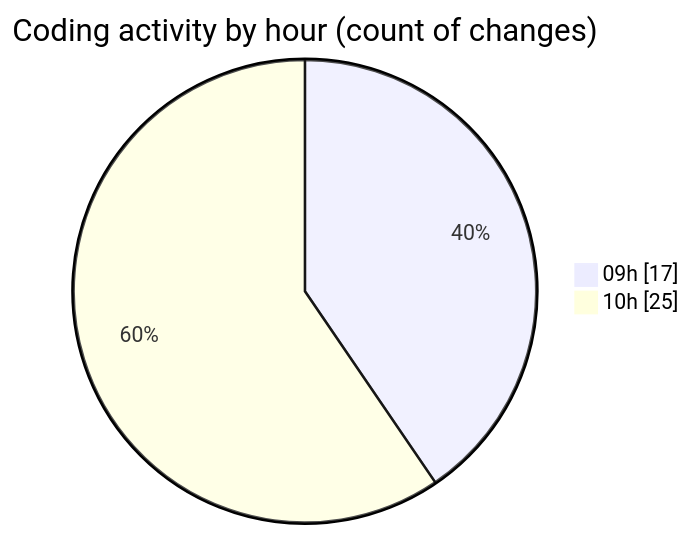
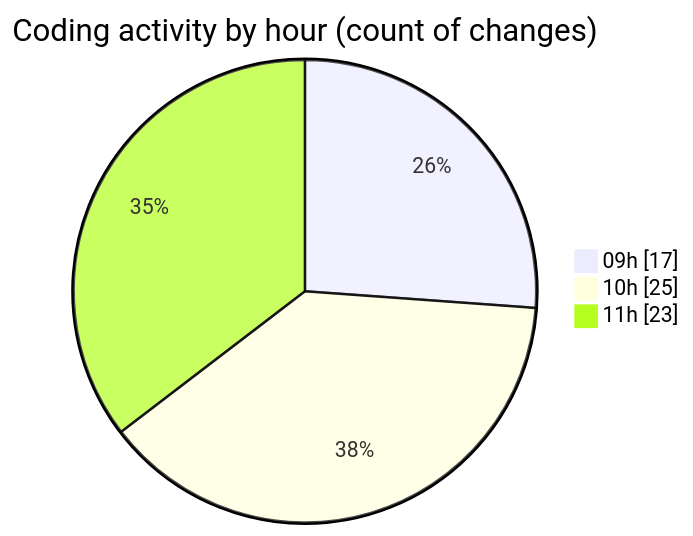
The second of 2 diagrams in 2026-08-04/cda/README.md (momahboobian/code-tracking), drawn with Mermaid before and after one commit. The commit also changed other lines of this file and 1 other file, not shown here.

````diff
--- a/2026-08-04/cda/README.md
+++ b/2026-08-04/cda/README.md
@@ -46,6 +56,7 @@
 ```mermaid
 pie showData
 title Coding activity by hour (count of changes)
 "09h" : 17
 "10h" : 25
+"11h" : 23
 ```
````
